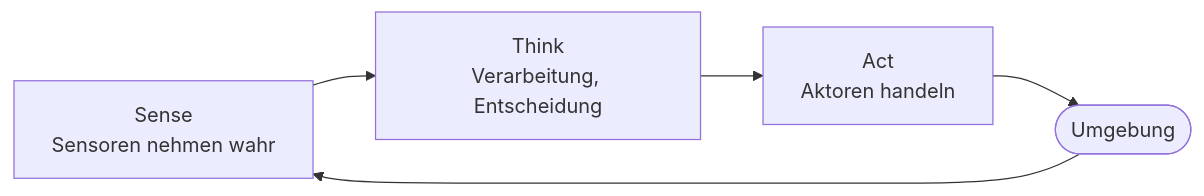
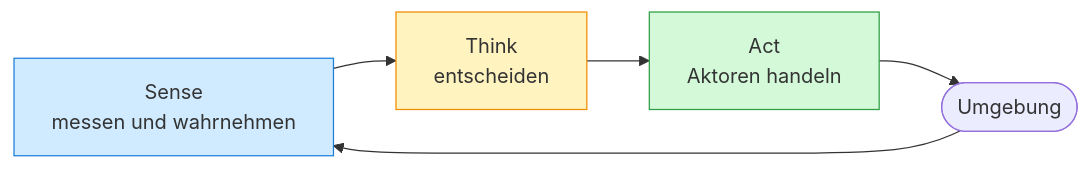
Before and after one commit to TUBAF-IfI-LiaScript/VL_SoftwareprojektRobotik: the first of 3 diagrams in 00_Einfuehrung/00_Einfuehrung.md, drawn with Mermaid. The commit also changed other lines of this file and 13 other files, not shown here.

````diff
--- a/00_Einfuehrung/00_Einfuehrung.md
+++ b/00_Einfuehrung/00_Einfuehrung.md
@@ -348,7 +349,13 @@
 ```mermaid @mermaid
 graph LR
-    S["Sense<br/>Sensoren nehmen wahr"] --> T["Think<br/>Verarbeitung, Entscheidung"]
+    S["Sense<br/>messen und wahrnehmen"] --> T["Think<br/>entscheiden"]
     T --> A["Act<br/>Aktoren handeln"]
     A --> U(["Umgebung"])
     U --> S
+    classDef sense fill:#d0ebff,stroke:#1c7ed6
+    classDef think fill:#fff3bf,stroke:#f08c00
+    classDef act fill:#d3f9d8,stroke:#2f9e44
+    class S sense
+    class T think
+    class A act
 ```
````
